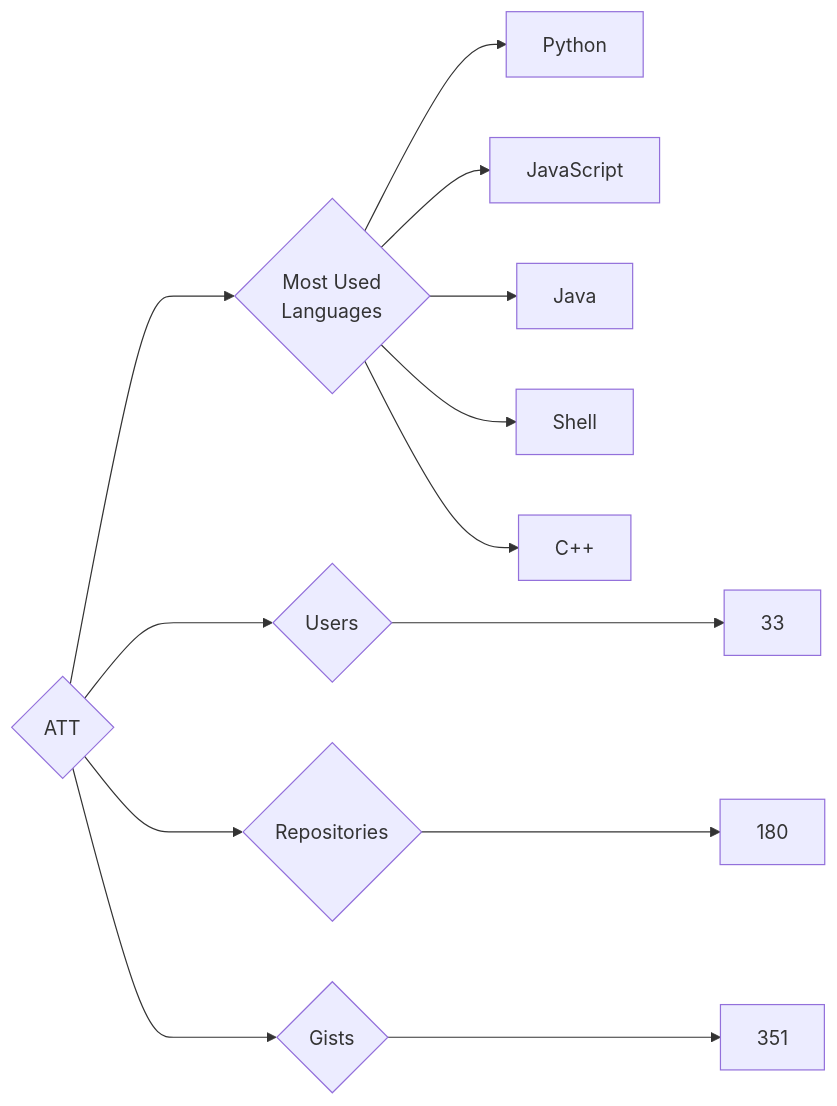
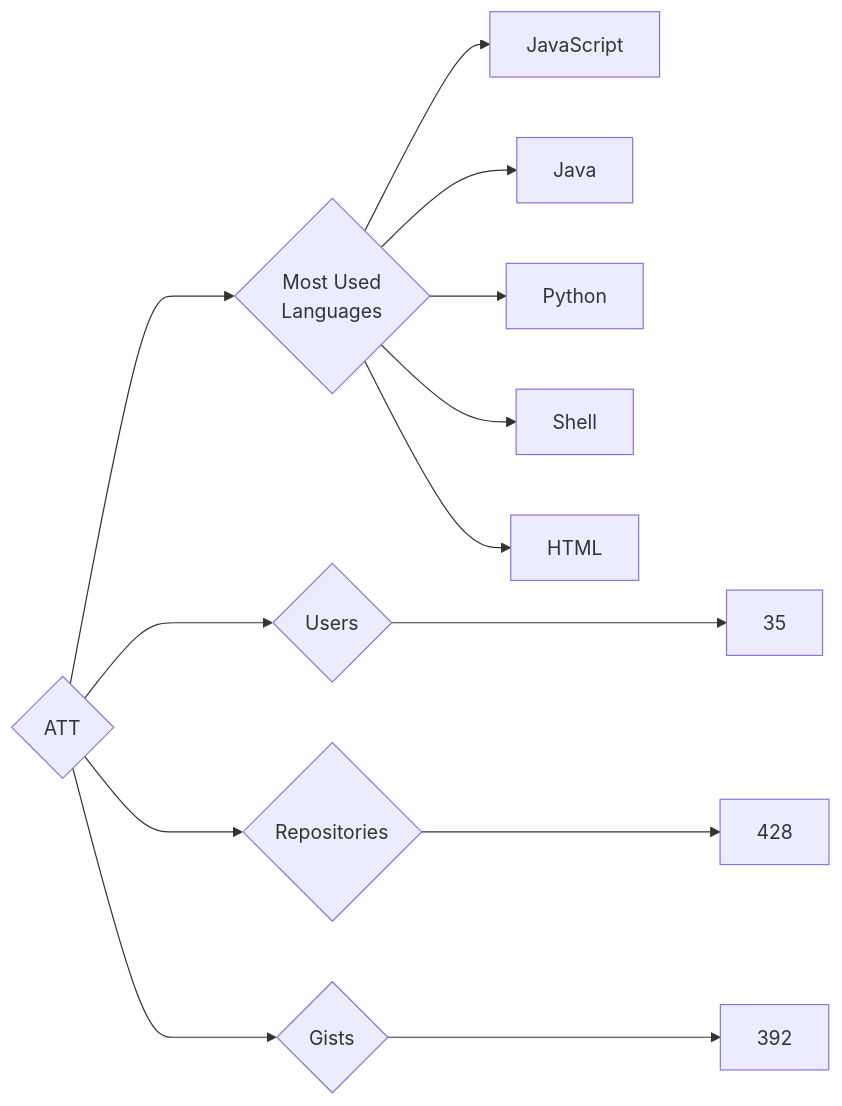
One commit to trickest/insiders changed the diagram in targets/ATT/README.md. Above: the diagram before and after it, drawn with Mermaid. The commit also changed 611 other files, not shown here.

````diff
--- a/targets/ATT/README.md
+++ b/targets/ATT/README.md
@@ -3,13 +3,13 @@
 ```mermaid
 graph LR
 COMPANY_NAME{ATT}
-COMPANY_NAME ---> U{Users} ---> UN[33]
-COMPANY_NAME ---> R{Repositories} ---> RN[180]
-COMPANY_NAME ---> G{Gists} ---> GN[351]
+COMPANY_NAME ---> U{Users} ---> UN[35]
+COMPANY_NAME ---> R{Repositories} ---> RN[428]
+COMPANY_NAME ---> G{Gists} ---> GN[392]
 COMPANY_NAME ---> ML{Most Used<br>Languages}
-ML --> Python[Python]
 ML --> JavaScript[JavaScript]
 ML --> Java[Java]
+ML --> Python[Python]
 ML --> Shell[Shell]
-ML --> C++[C++]
+ML --> HTML[HTML]
 ```
````
